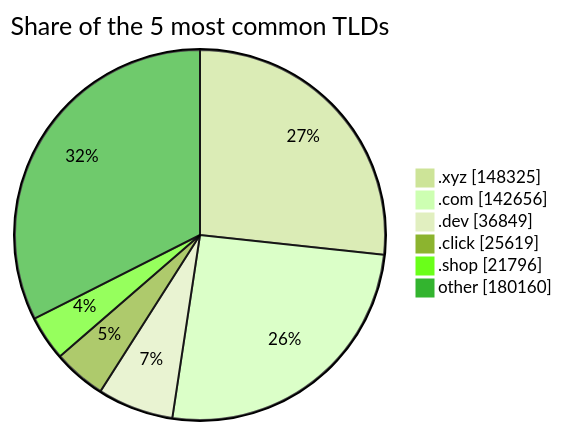
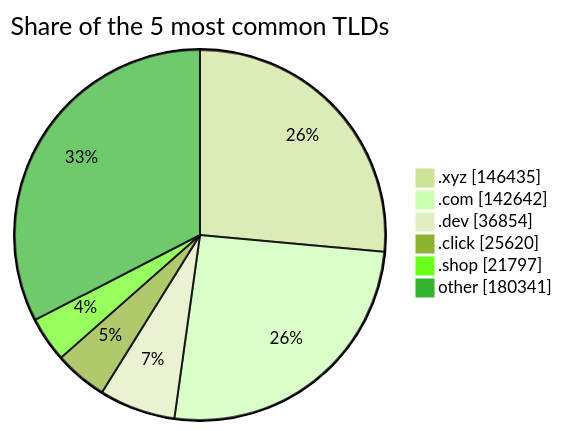
Before and after one commit to DNSBunker/CTI: the third of 3 diagrams in README.md, drawn with Mermaid (forest theme). The commit also changed other lines of this file and 3 other files, not shown here.

````diff
--- a/README.md
+++ b/README.md
@@ -81,9 +81,9 @@
 ```mermaid
 pie showData title Share of the 5 most common TLDs
-    ".xyz" : 148325
-    ".com" : 142656
-    ".dev" : 36849
-    ".click" : 25619
-    ".shop" : 21796
-    "other" : 180160
+    ".xyz" : 146435
+    ".com" : 142642
+    ".dev" : 36854
+    ".click" : 25620
+    ".shop" : 21797
+    "other" : 180341
 ```
````
